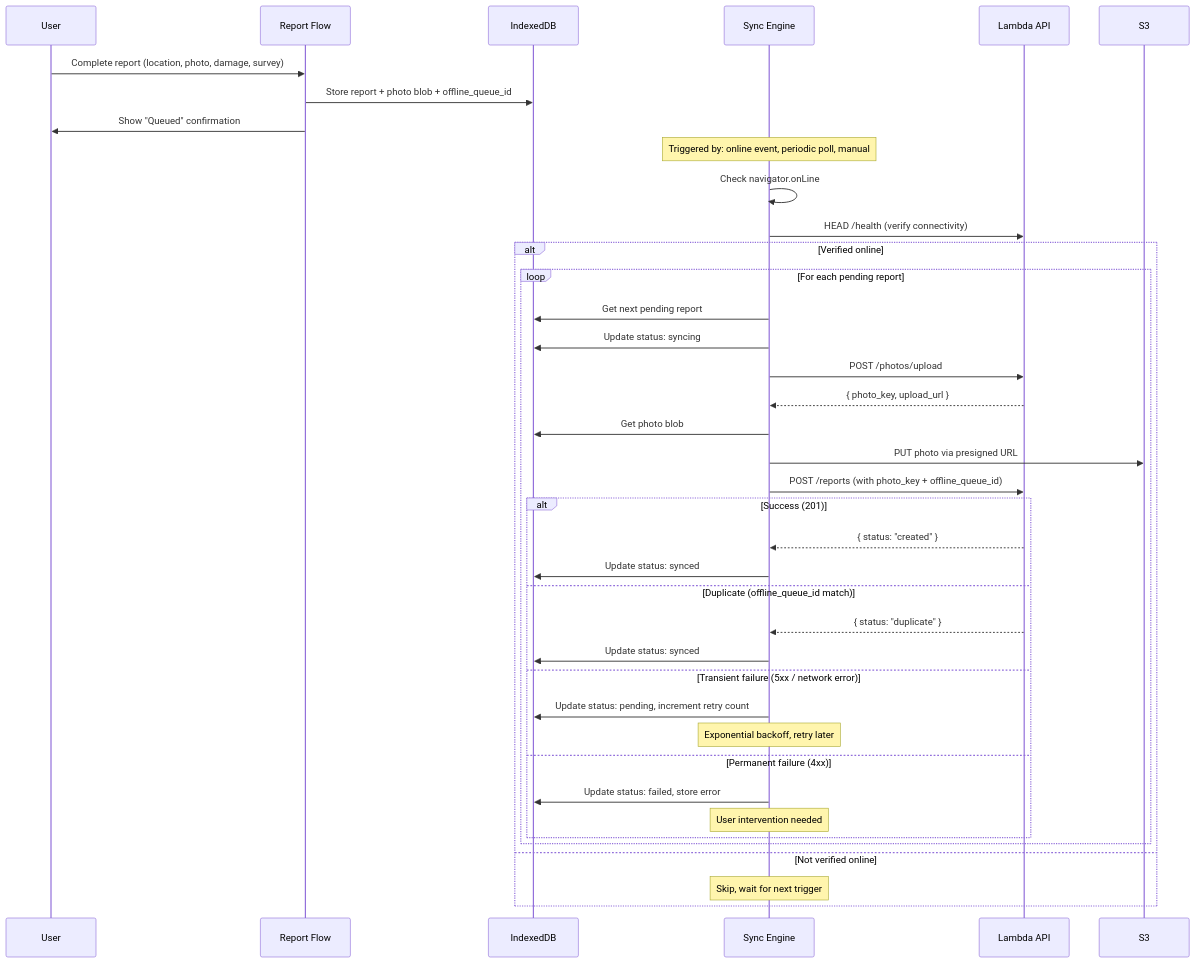
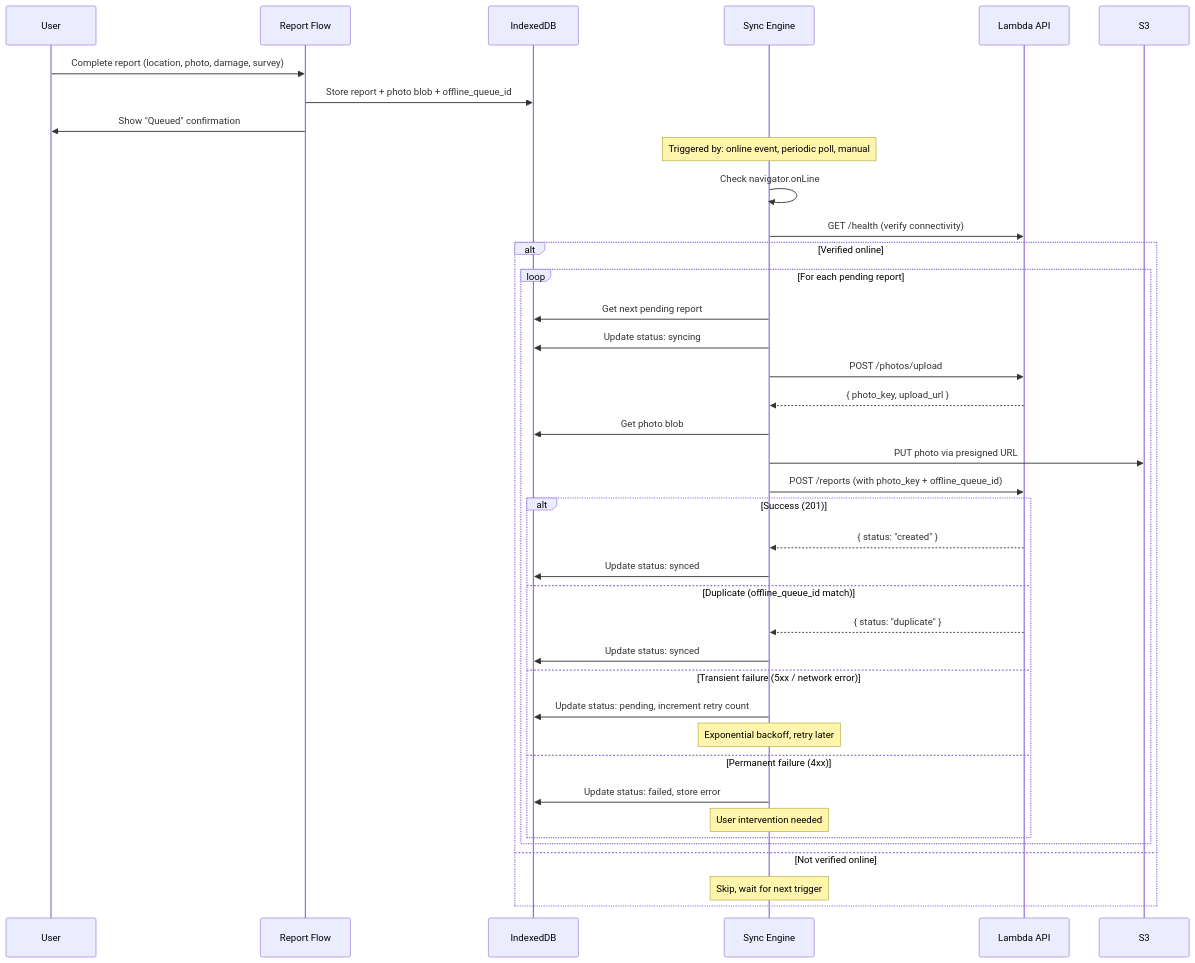
Before and after one commit to foad/terra: the second of 10 diagrams in docs/offline-connectivity-scenarios.md, drawn with Mermaid. The commit also changed other lines of this file and 3 other files, not shown here.

````diff
--- a/docs/offline-connectivity-scenarios.md
+++ b/docs/offline-connectivity-scenarios.md
@@ -32,44 +32,44 @@
 ```mermaid
 sequenceDiagram
     participant U as User
     participant UI as Report Flow
     participant IDB as IndexedDB
     participant Sync as Sync Engine
     participant API as Lambda API
     participant S3 as S3
 
     U->>UI: Complete report (location, photo, damage, survey)
     UI->>IDB: Store report + photo blob + offline_queue_id
     UI->>U: Show "Queued" confirmation
 
     Note over Sync: Triggered by: online event, periodic poll, manual
 
     Sync->>Sync: Check navigator.onLine
-    Sync->>API: HEAD /health (verify connectivity)
+    Sync->>API: GET /health (verify connectivity)
     alt Verified online
         loop For each pending report
             Sync->>IDB: Get next pending report
             Sync->>IDB: Update status: syncing
             Sync->>API: POST /photos/upload
             API-->>Sync: { photo_key, upload_url }
             Sync->>IDB: Get photo blob
             Sync->>S3: PUT photo via presigned URL
             Sync->>API: POST /reports (with photo_key + offline_queue_id)
             alt Success (201)
                 API-->>Sync: { status: "created" }
                 Sync->>IDB: Update status: synced
             else Duplicate (offline_queue_id match)
                 API-->>Sync: { status: "duplicate" }
                 Sync->>IDB: Update status: synced
             else Transient failure (5xx / network error)
                 Sync->>IDB: Update status: pending, increment retry count
                 Note over Sync: Exponential backoff, retry later
             else Permanent failure (4xx)
                 Sync->>IDB: Update status: failed, store error
                 Note over Sync: User intervention needed
             end
         end
     else Not verified online
         Note over Sync: Skip, wait for next trigger
     end
 ```
````
